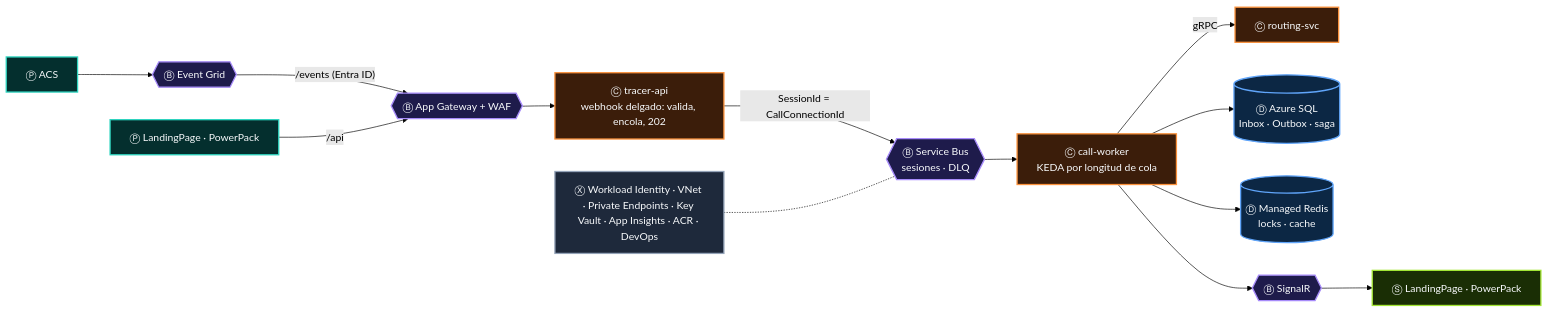
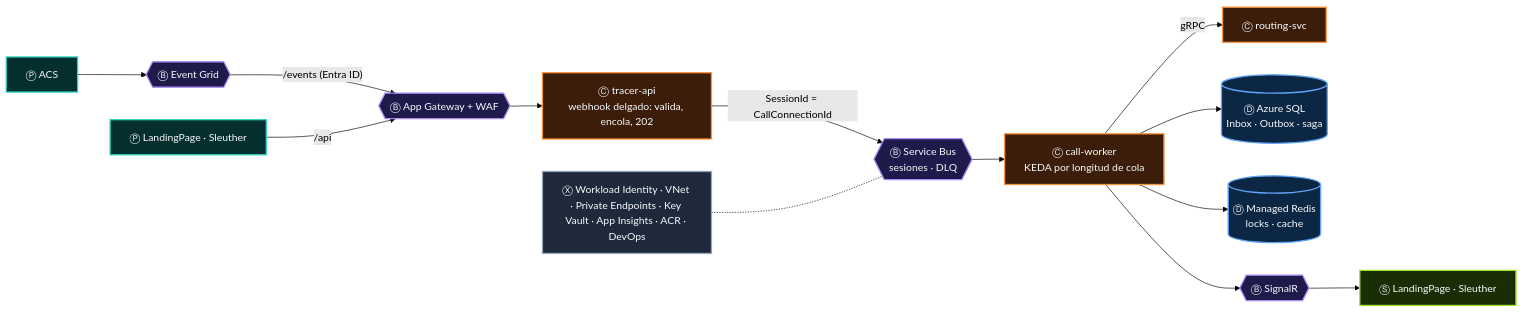
The second of 2 diagrams in docs/14-caso-tracer.md (CristianSifuentes/QuickTheoryNET), drawn with Mermaid (forest theme) before and after one commit. The commit also changed other lines of this file and 17 other files, not shown here.

First line of the commit message:
Rename the PowerPack project to Sleuther

````diff
--- a/docs/14-caso-tracer.md
+++ b/docs/14-caso-tracer.md
@@ -121,20 +121,20 @@
 ```mermaid
 flowchart LR
     ACS["Ⓟ ACS"]:::P --> EG{{"Ⓑ Event Grid"}}:::B
     EG -->|"/events (Entra ID)"| AGW{{"Ⓑ App Gateway + WAF"}}:::B
-    WEB["Ⓟ LandingPage · PowerPack"]:::P -->|"/api"| AGW
+    WEB["Ⓟ LandingPage · Sleuther"]:::P -->|"/api"| AGW
     AGW --> API["Ⓒ tracer-api<br/>webhook delgado: valida, encola, 202"]:::C
     API -->|"SessionId = CallConnectionId"| SB{{"Ⓑ Service Bus<br/>sesiones · DLQ"}}:::B
     SB --> WK["Ⓒ call-worker<br/>KEDA por longitud de cola"]:::C
     WK -->|"gRPC"| RT["Ⓒ routing-svc"]:::C
     WK --> SQL[("Ⓓ Azure SQL<br/>Inbox · Outbox · saga")]:::D
     WK --> RD[("Ⓓ Managed Redis<br/>locks · cache")]:::D
-    WK --> SR{{"Ⓑ SignalR"}}:::B --> UI["Ⓢ LandingPage · PowerPack"]:::S
+    WK --> SR{{"Ⓑ SignalR"}}:::B --> UI["Ⓢ LandingPage · Sleuther"]:::S
     X["Ⓧ Workload Identity · VNet · Private Endpoints · Key Vault · App Insights · ACR · DevOps"]:::X -.- SB
     classDef P fill:#042F2E,stroke:#2DD4BF,color:#F8FAFC,stroke-width:2px
     classDef B fill:#1E1B4B,stroke:#A78BFA,color:#F8FAFC,stroke-width:2px
     classDef C fill:#3B1D0A,stroke:#FB923C,color:#F8FAFC,stroke-width:2px
     classDef D fill:#0C2744,stroke:#60A5FA,color:#F8FAFC,stroke-width:2px
     classDef S fill:#1A2E05,stroke:#A3E635,color:#F8FAFC,stroke-width:2px
     classDef X fill:#1E293B,stroke:#94A3B8,color:#F8FAFC,stroke-width:2px
 ```
````
